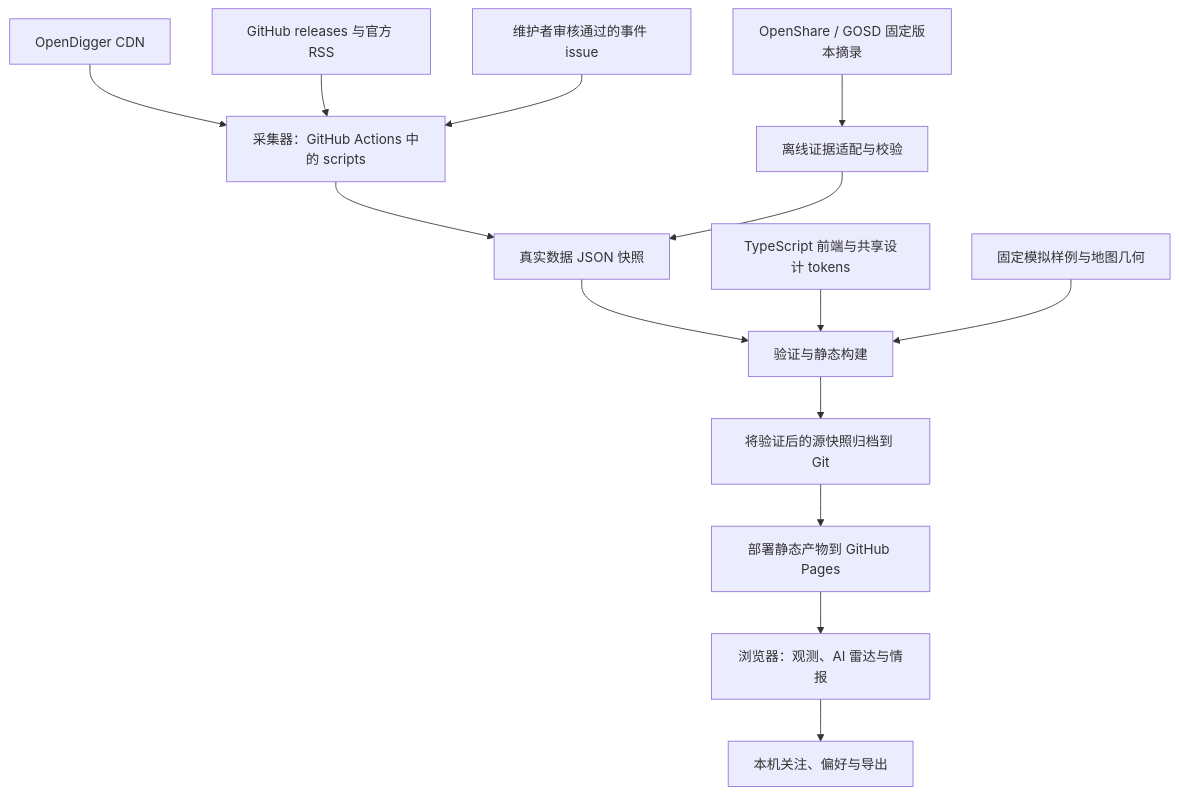
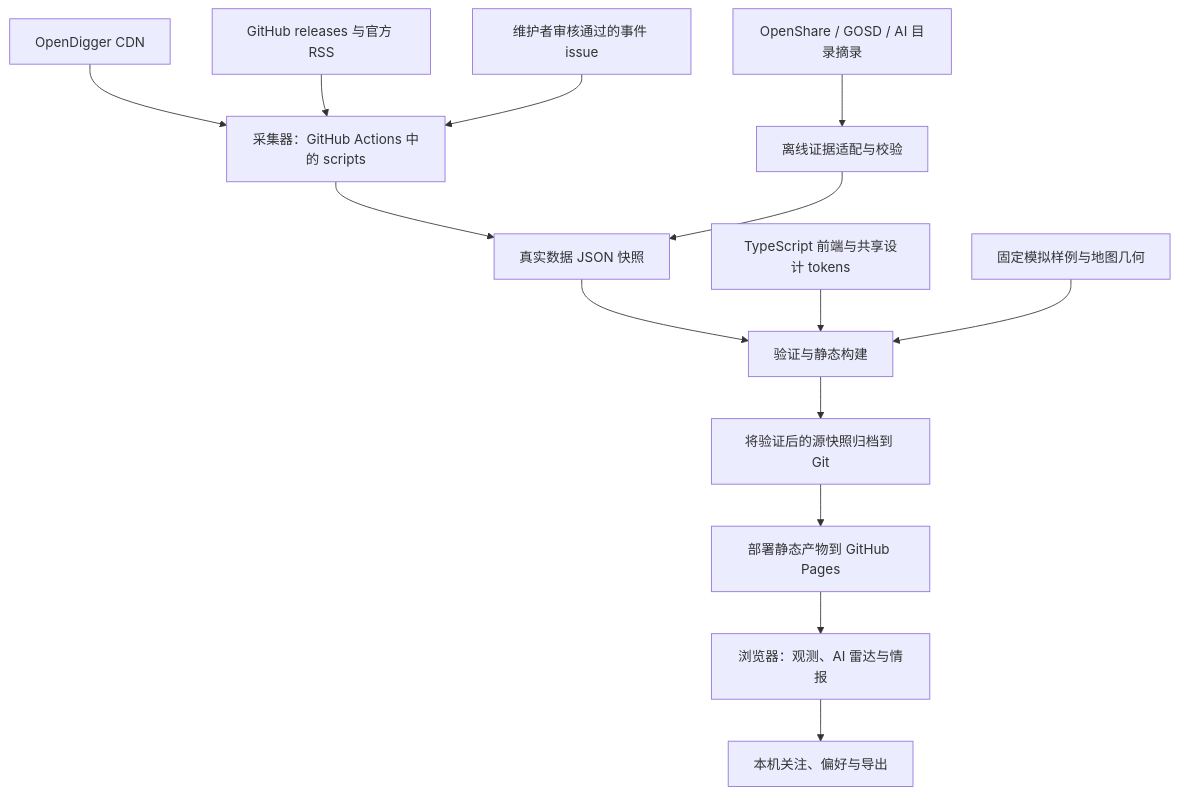
One commit to X-lab2017/open-dipper changed the second of 2 diagrams in README.zh-CN.md. Above: the diagram before and after it, drawn with Mermaid. The commit also changed other lines of this file and 51 other files, not shown here.

````diff
--- a/README.zh-CN.md
+++ b/README.zh-CN.md
@@ -130,16 +101,16 @@
 ```mermaid
 flowchart TD
   OD["OpenDigger CDN"] --> C["采集器：GitHub Actions 中的 scripts"]
   FE["GitHub releases 与官方 RSS"] --> C
   ED["维护者审核通过的事件 issue"] --> C
   C --> S["真实数据 JSON 快照"]
-  OS["OpenShare / GOSD 固定版本摘录"] --> EA["离线证据适配与校验"]
+  OS["OpenShare / GOSD / AI 目录摘录"] --> EA["离线证据适配与校验"]
   EA --> S
   S --> Q["验证与静态构建"]
   UI["TypeScript 前端与共享设计 tokens"] --> Q
   FX["固定模拟样例与地图几何"] --> Q
   Q --> A["将验证后的源快照归档到 Git"]
   A --> P["部署静态产物到 GitHub Pages"]
   P --> B["浏览器：观测、AI 雷达与情报"]
   B --> L["本机关注、偏好与导出"]
 ```
````
